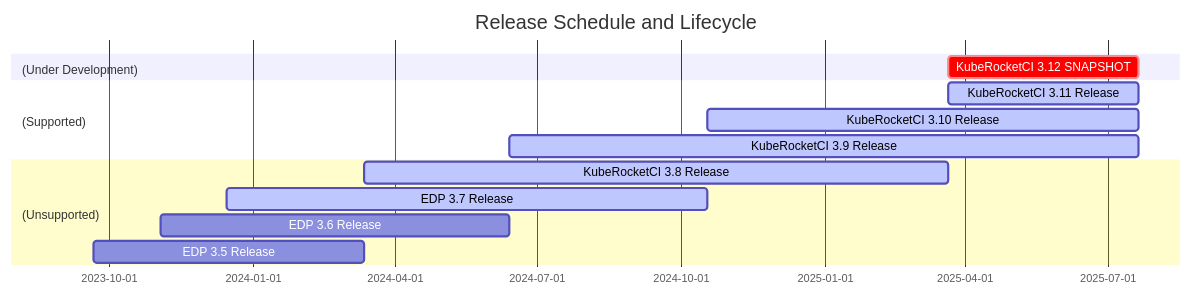
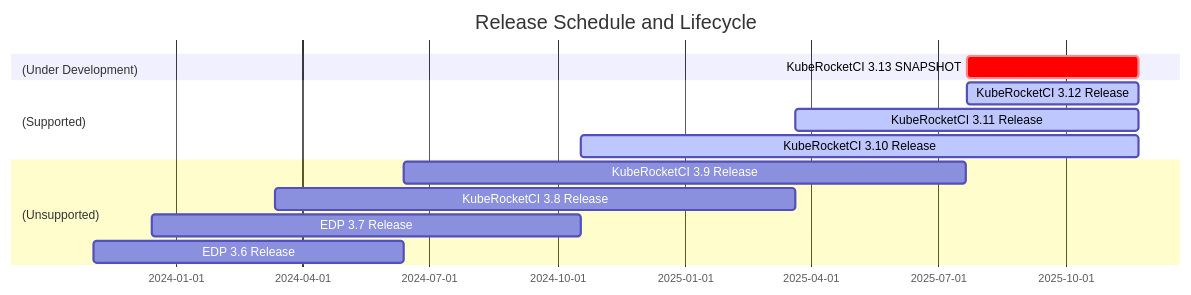
The diagram in versioned_docs/version-3.11/supported-versions.md (KubeRocketCI/docs), drawn with Mermaid before and after one commit. The commit also changed other lines of this file and 1376 other files, not shown here.

````diff
--- a/versioned_docs/version-3.11/supported-versions.md
+++ b/versioned_docs/version-3.11/supported-versions.md
@@ -19,29 +19,29 @@
 ```mermaid
 gantt
     dateFormat  YYYY-MM-DD
     title Release Schedule and Lifecycle
 
     section (Under Development)
-    KubeRocketCI 3.12 SNAPSHOT: crit, r41, 2025-03-21, 2025-07-21
+    KubeRocketCI 3.13 SNAPSHOT: crit, r41, 2025-07-22, 2025-11-22
 
     section (Supported)
-    KubeRocketCI 3.11 Release: active, r41, 2025-03-21, 2025-07-21
+    KubeRocketCI 3.12 Release: active, r41, 2025-07-22, 2025-11-22
 
     section (Supported)
-    KubeRocketCI 3.10 Release: active, r40, 2024-10-18, 2025-07-21
+    KubeRocketCI 3.11 Release: active, r41, 2025-03-21, 2025-11-22
 
     section (Supported)
-    KubeRocketCI 3.9 Release: active, r39, 2024-06-13, 2025-07-21
+    KubeRocketCI 3.10 Release: active, r40, 2024-10-18, 2025-11-22
 
     section (Unsupported)
-    KubeRocketCI 3.8 Release: active, r38, 2024-03-12, 2025-03-21
+    KubeRocketCI 3.9 Release: r39, 2024-06-13, 2025-07-21
 
     section (Unsupported)
-    EDP 3.7 Release: active, r37, 2023-12-15, 2024-10-18
+    KubeRocketCI 3.8 Release: r38, 2024-03-12, 2025-03-21
+
+    section (Unsupported)
+    EDP 3.7 Release: r37, 2023-12-15, 2024-10-18
 
     section (Unsupported)
     EDP 3.6 Release: r36, 2023-11-03, 2024-06-13
-
-    section (Unsupported)
-    EDP 3.5 Release: r35, 2023-09-21, 2024-03-12
 ```
````
